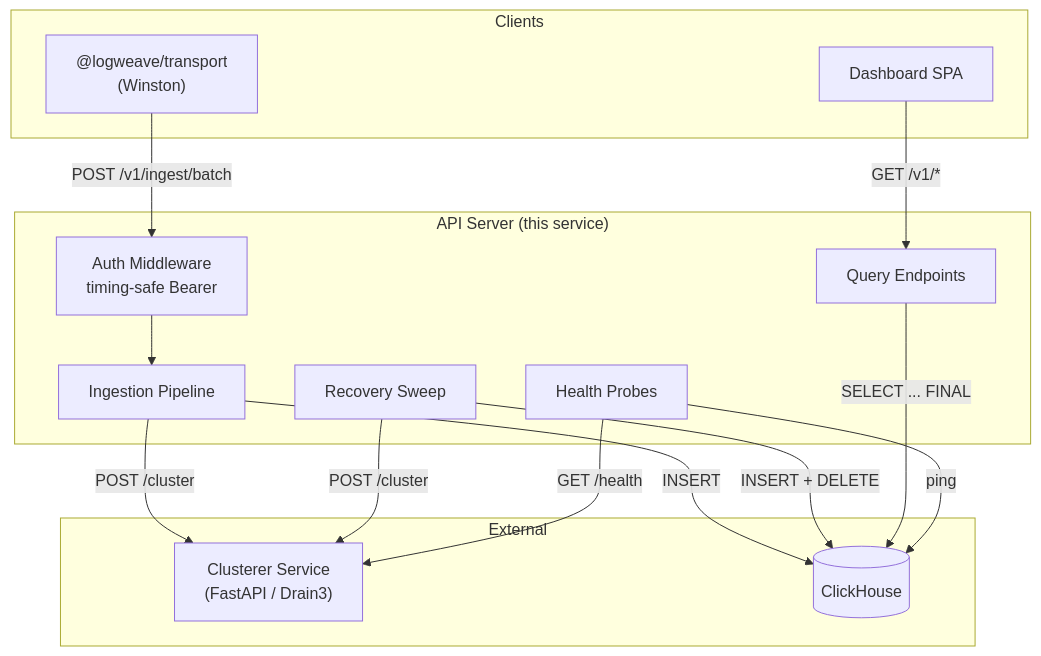
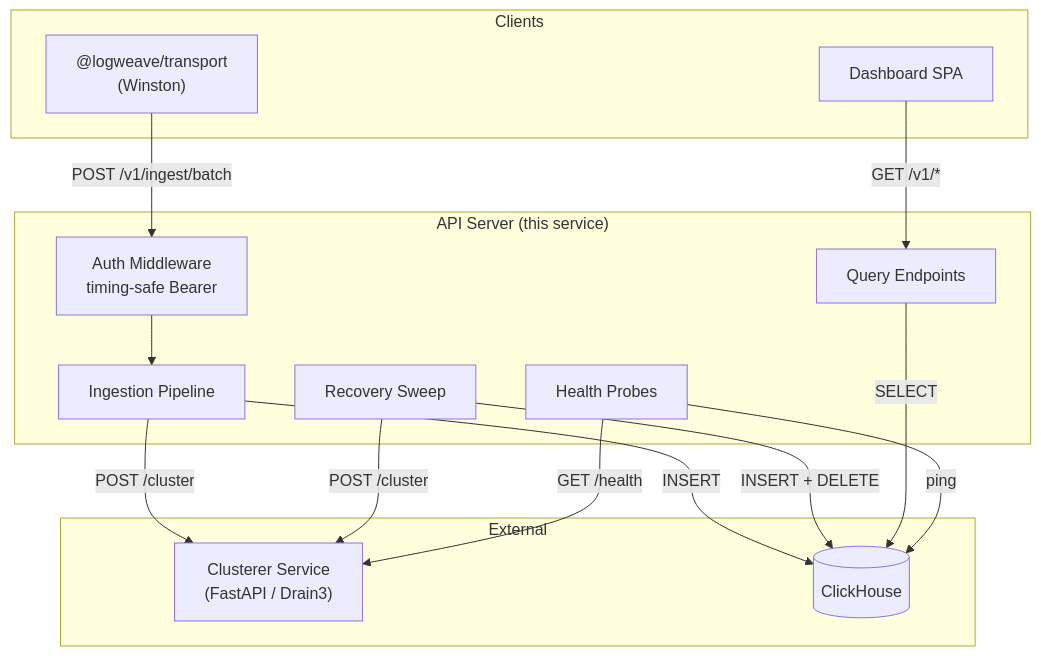
The first of 4 diagrams in services/api/README.md (LogWeave/logweave), drawn with Mermaid before and after one commit. The commit also changed other lines of this file and 1 other file, not shown here.

Commit message:
fix(docs): reviewer fixups — Node 24+, actual test structure, remove FINAL claim

````diff
--- a/services/api/README.md
+++ b/services/api/README.md
@@ -9,31 +9,31 @@
 ```mermaid
 graph TB
     subgraph Clients
         SDK["@logweave/transport<br/>(Winston)"]
         Dashboard["Dashboard SPA"]
     end
 
     subgraph API["API Server (this service)"]
         Auth["Auth Middleware<br/>timing-safe Bearer"]
         Pipeline["Ingestion Pipeline"]
         Recovery["Recovery Sweep"]
         Health["Health Probes"]
         Queries["Query Endpoints"]
     end
 
     subgraph External
         Clusterer["Clusterer Service<br/>(FastAPI / Drain3)"]
         CH[("ClickHouse")]
     end
 
     SDK -->|POST /v1/ingest/batch| Auth
     Auth --> Pipeline
     Dashboard -->|GET /v1/*| Queries
     Pipeline -->|POST /cluster| Clusterer
     Pipeline -->|INSERT| CH
     Recovery -->|POST /cluster| Clusterer
     Recovery -->|INSERT + DELETE| CH
-    Queries -->|SELECT ... FINAL| CH
+    Queries -->|SELECT| CH
     Health -->|ping| CH
     Health -->|GET /health| Clusterer
 ```
````
